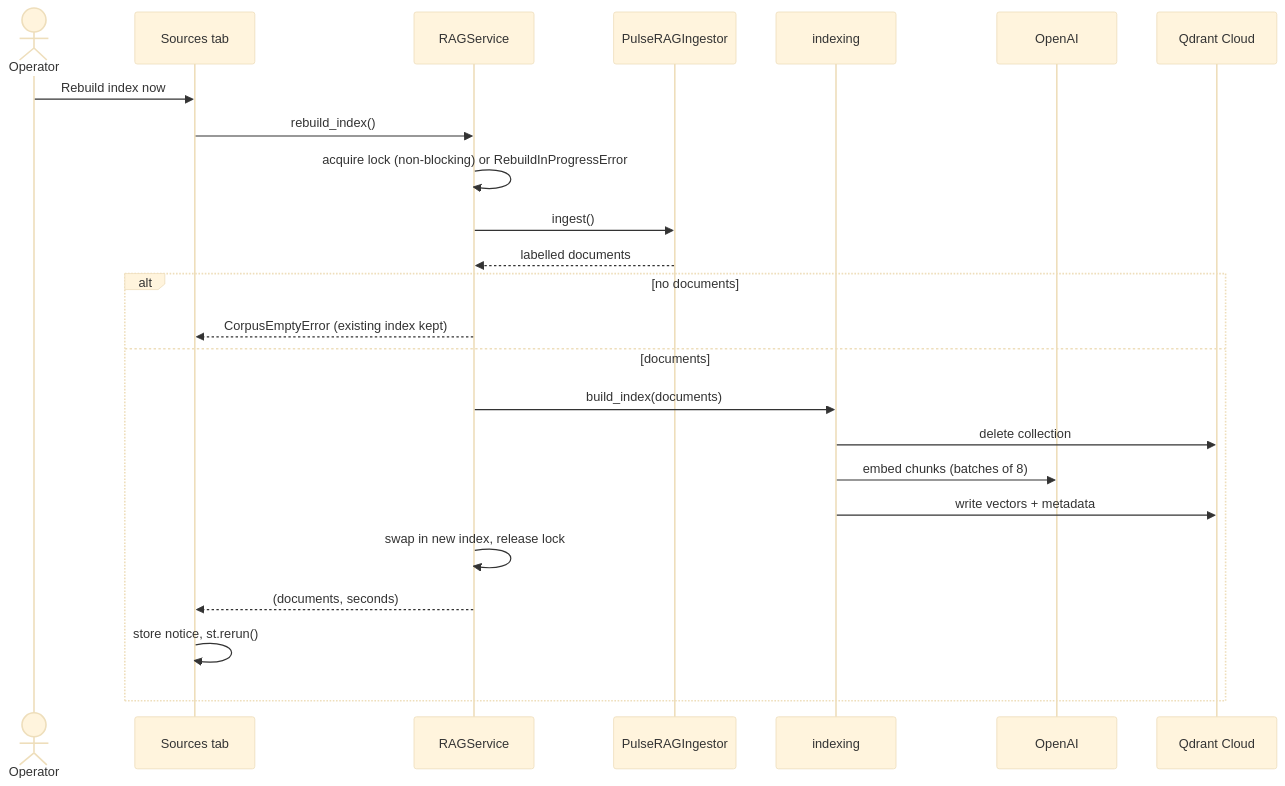
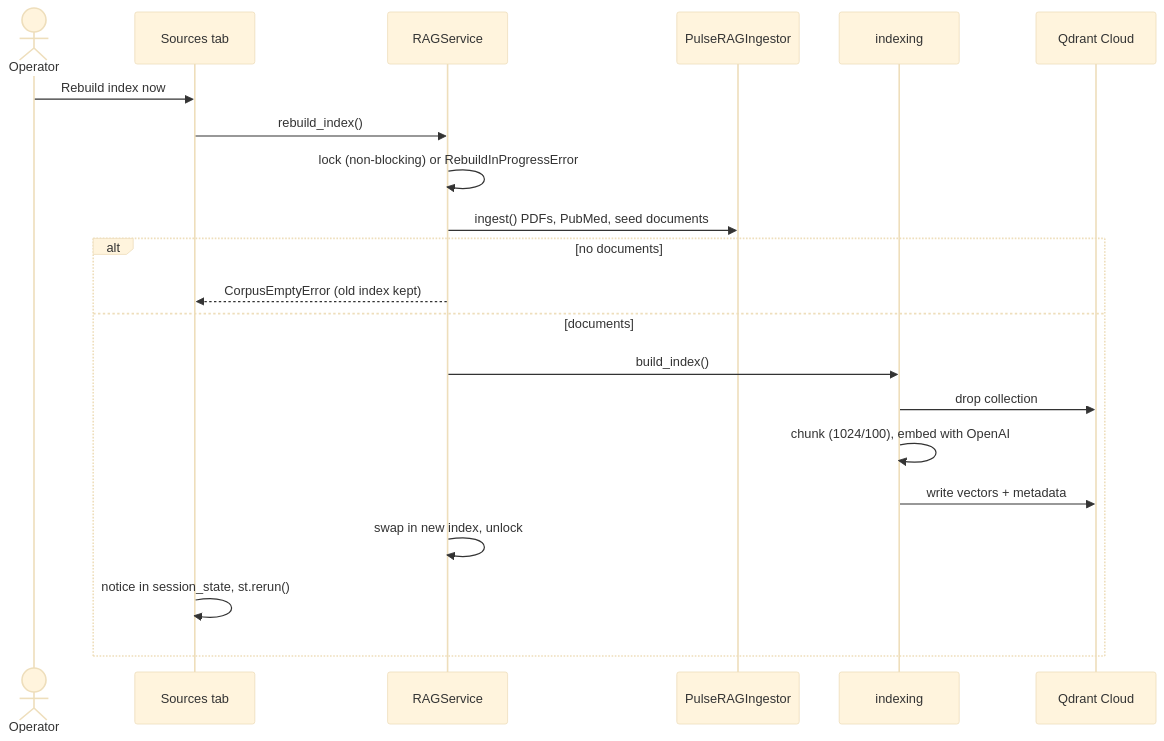
Before and after one commit to abhishek-tiwari-nitrr/PulseRAG: the third of 5 diagrams in docs/HLD.md, drawn with Mermaid (base theme). The commit also changed other lines of this file and 6 other files, not shown here.

````diff
--- a/docs/HLD.md
+++ b/docs/HLD.md
@@ -78,27 +72,23 @@
 ```mermaid
 sequenceDiagram
     actor Op as Operator
     participant SRC as Sources tab
     participant SVC as RAGService
     participant ING as PulseRAGIngestor
     participant IDX as indexing
-    participant OAI as OpenAI
     participant QC as Qdrant Cloud
-
     Op->>SRC: Rebuild index now
     SRC->>SVC: rebuild_index()
-    SVC->>SVC: acquire lock (non-blocking) or RebuildInProgressError
-    SVC->>ING: ingest()
-    ING-->>SVC: labelled documents
+    SVC->>SVC: lock (non-blocking) or RebuildInProgressError
+    SVC->>ING: ingest() PDFs, PubMed, seed documents
     alt no documents
-        SVC-->>SRC: CorpusEmptyError (existing index kept)
+        SVC-->>SRC: CorpusEmptyError (old index kept)
     else documents
-        SVC->>IDX: build_index(documents)
-        IDX->>QC: delete collection
-        IDX->>OAI: embed chunks (batches of 8)
+        SVC->>IDX: build_index()
+        IDX->>QC: drop collection
+        IDX->>IDX: chunk (1024/100), embed with OpenAI
         IDX->>QC: write vectors + metadata
-        SVC->>SVC: swap in new index, release lock
-        SVC-->>SRC: (documents, seconds)
-        SRC->>SRC: store notice, st.rerun()
+        SVC->>SVC: swap in new index, unlock
+        SRC->>SRC: notice in session_state, st.rerun()
     end
 ```
````
